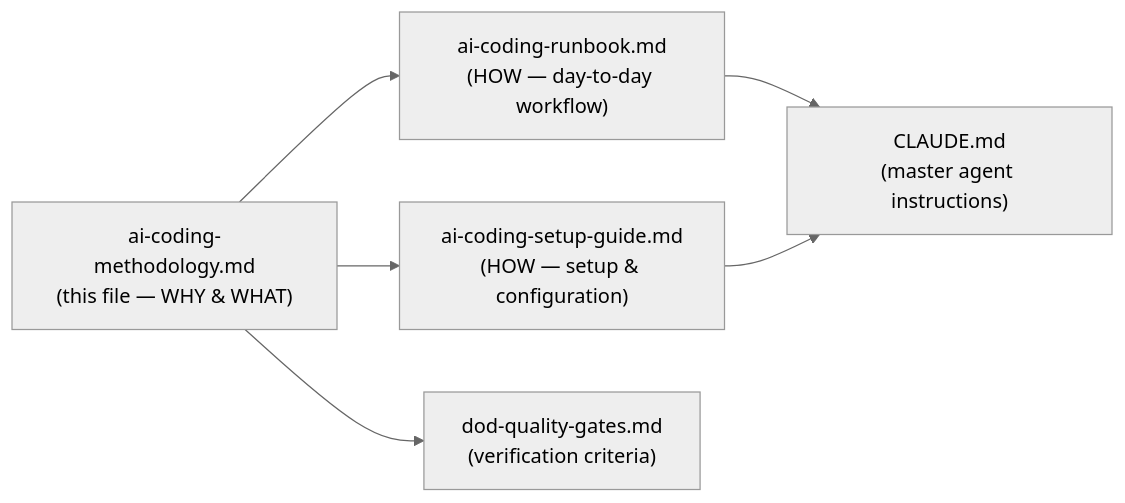
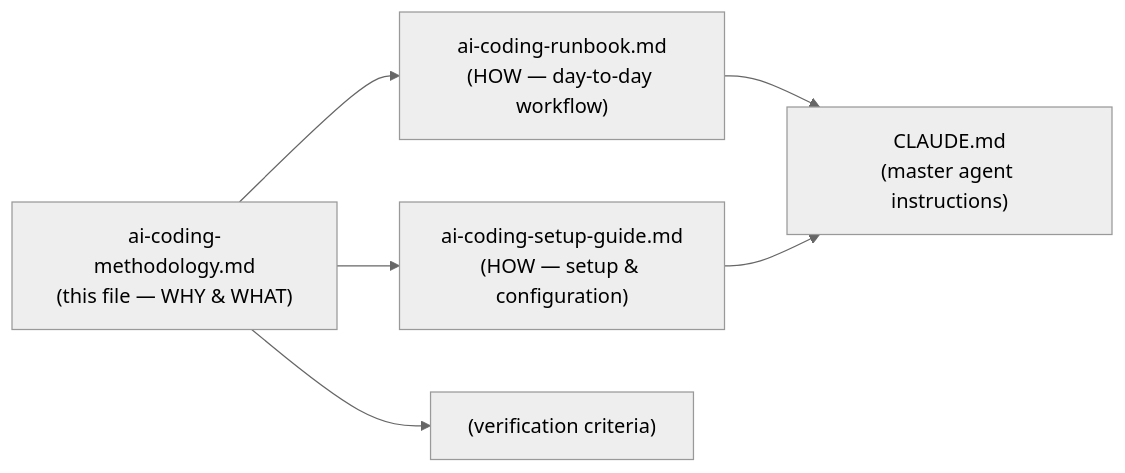
One commit to OP-TED/entity-resolution-docs changed the diagram in docs/ai-coding/ai-coding-methodology.md. Above: the diagram before and after it, drawn with Mermaid (neutral theme). The commit also changed 2 other files, not shown here.

Commit message:
updated memory management instruction

````diff
--- a/docs/ai-coding/ai-coding-methodology.md
+++ b/docs/ai-coding/ai-coding-methodology.md
@@ -375,14 +375,14 @@
 ```mermaid
 graph LR
     M["ai-coding-methodology.md<br/>(this file — WHY & WHAT)"]
     R["ai-coding-runbook.md<br/>(HOW — day-to-day workflow)"]
     S["ai-coding-setup-guide.md<br/>(HOW — setup & configuration)"]
-    D["dod-quality-gates.md<br/>(verification criteria)"]
+    D["(verification criteria)"]
     C["CLAUDE.md<br/>(master agent instructions)"]
 
     M --> R
     M --> S
     M --> D
     R --> C
     S --> C
 ```
````
